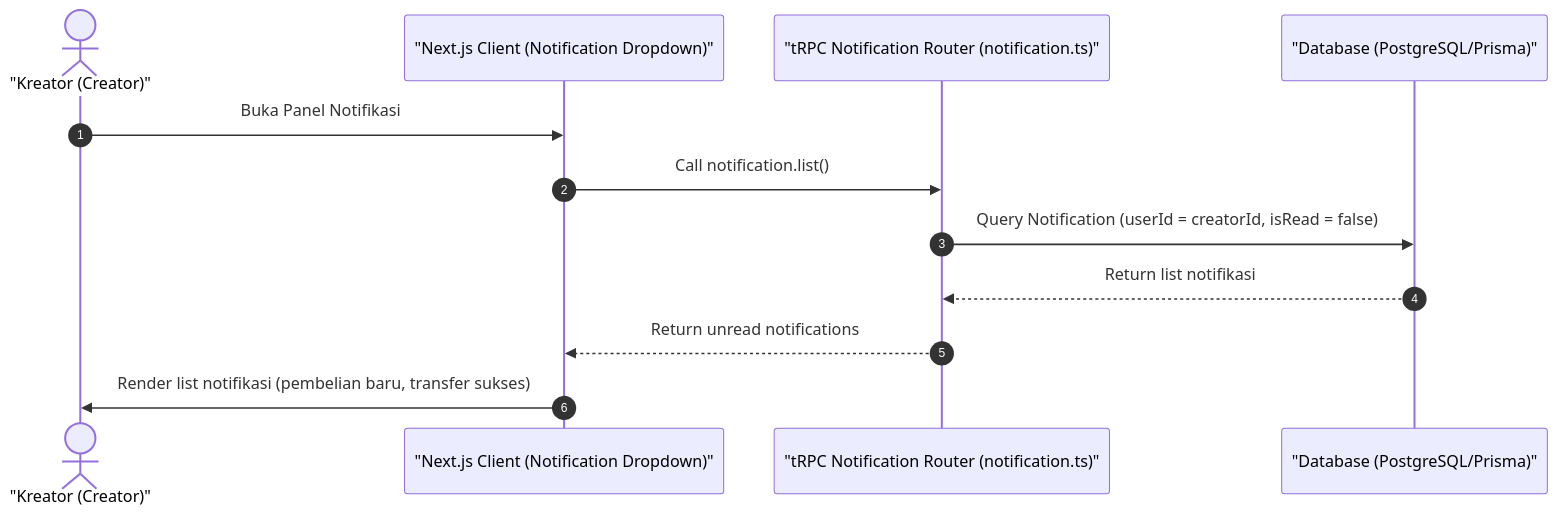
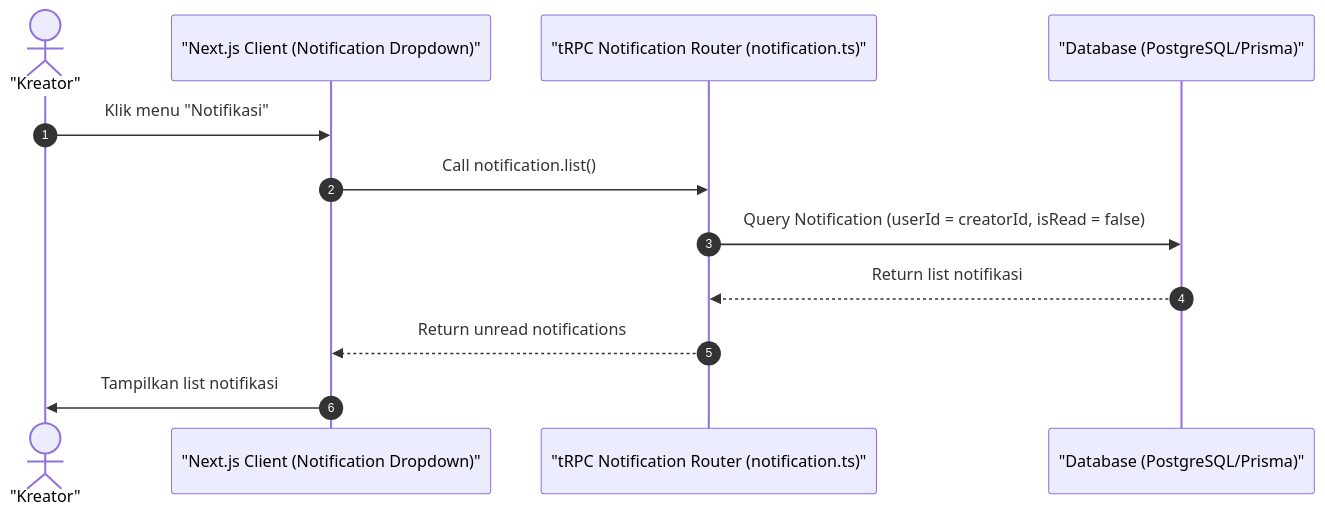
One commit to luputer/CuanIN changed the diagram in docs/35-creator-notifications.md. Above: the diagram before and after it, drawn with Mermaid. The commit also changed 53 other files, not shown here.

````diff
--- a/docs/35-creator-notifications.md
+++ b/docs/35-creator-notifications.md
@@ -5,16 +5,16 @@
 ```mermaid
 sequenceDiagram
     autonumber
-    actor Creator as "Kreator (Creator)"
+    actor Creator as "Kreator"
     participant Client as "Next.js Client (Notification Dropdown)"
     participant Server as "tRPC Notification Router (notification.ts)"
     participant DB as "Database (PostgreSQL/Prisma)"
 
-    Creator->>Client: Buka Panel Notifikasi
+    Creator->>Client: Klik menu "Notifikasi"
     Client->>Server: Call notification.list()
     Server->>DB: Query Notification (userId = creatorId, isRead = false)
     DB-->>Server: Return list notifikasi
     Server-->>Client: Return unread notifications
-    Client->>Creator: Render list notifikasi (pembelian baru, transfer sukses)
+    Client->>Creator: Tampilkan list notifikasi
 
 ```
````
